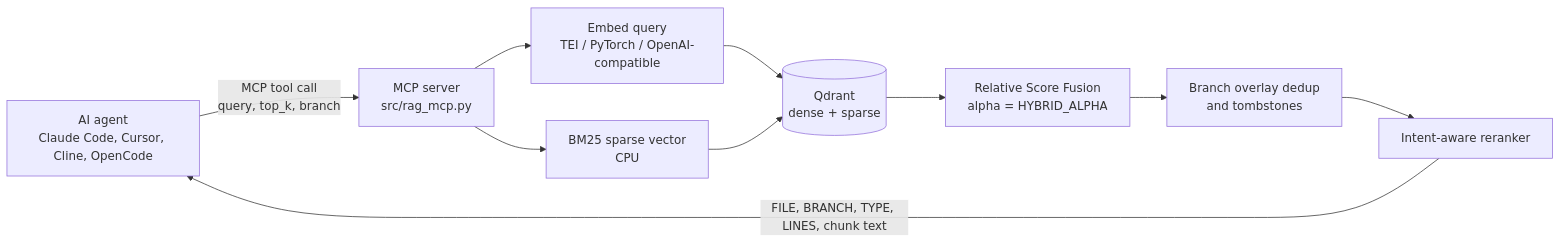
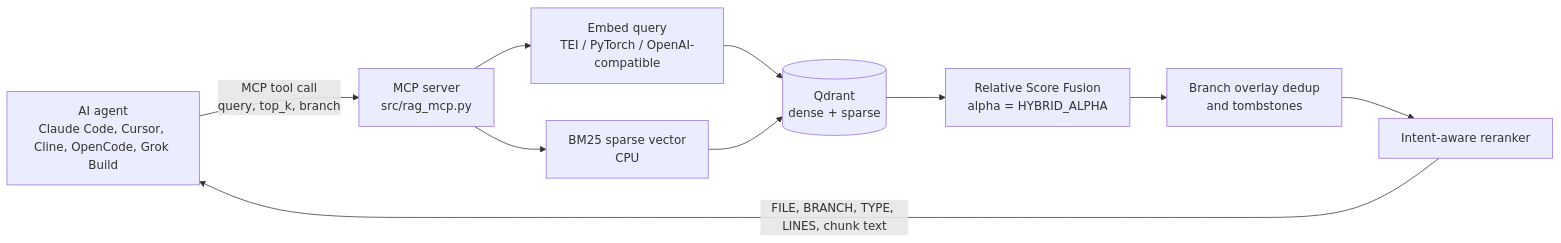
One commit to jakubstuglik/hybrid-code-rag-mcp changed the first of 2 diagrams in README.md. Above: the diagram before and after it, drawn with Mermaid. The commit also changed other lines of this file and 1 other file, not shown here.

First line of the commit message:
docs: add Grok Build and OpenCode MCP client config

````diff
--- a/README.md
+++ b/README.md
@@ -55,12 +55,12 @@
 ```mermaid
 flowchart LR
-    A[AI agent<br/>Claude Code, Cursor, Cline, OpenCode] -->|MCP tool call<br/>query, top_k, branch| M[MCP server<br/>src/rag_mcp.py]
+    A[AI agent<br/>Claude Code, Cursor, Cline, OpenCode, Grok Build] -->|MCP tool call<br/>query, top_k, branch| M[MCP server<br/>src/rag_mcp.py]
     M --> E[Embed query<br/>TEI / PyTorch / OpenAI-compatible]
     M --> S[BM25 sparse vector<br/>CPU]
     E --> Q[(Qdrant<br/>dense + sparse)]
     S --> Q
     Q --> F[Relative Score Fusion<br/>alpha = HYBRID_ALPHA]
     F --> D[Branch overlay dedup<br/>and tombstones]
     D --> R[Intent-aware reranker]
     R -->|FILE, BRANCH, TYPE, LINES, chunk text| A
 ```
````
